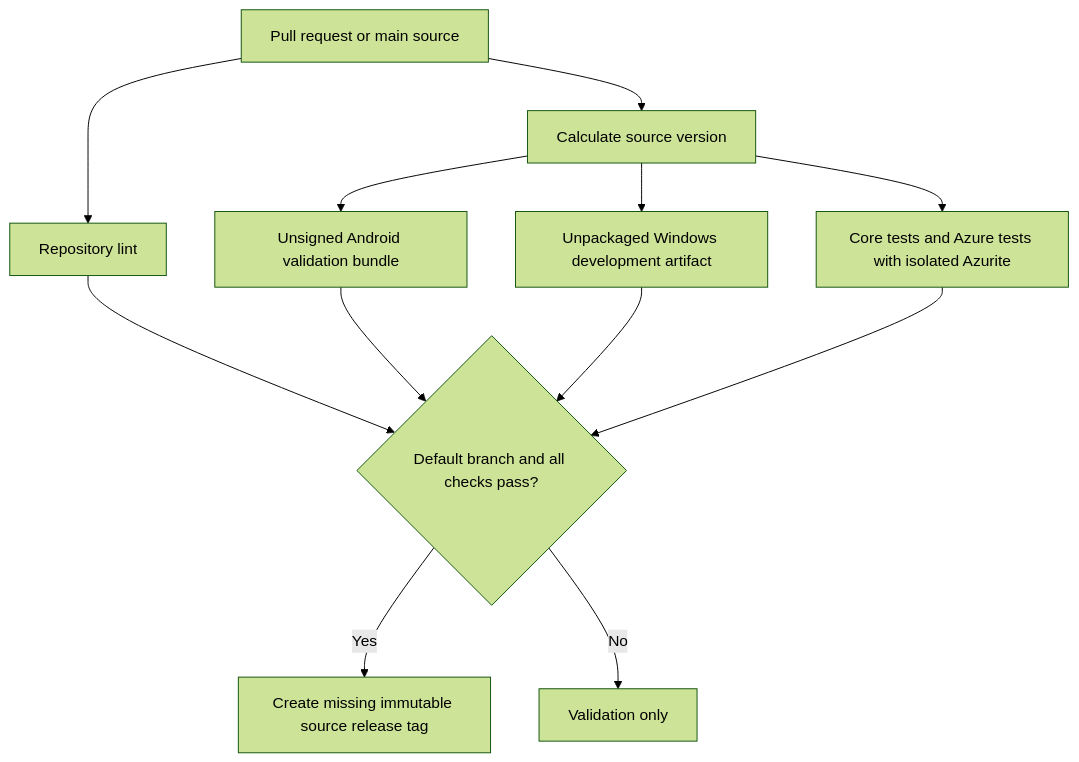
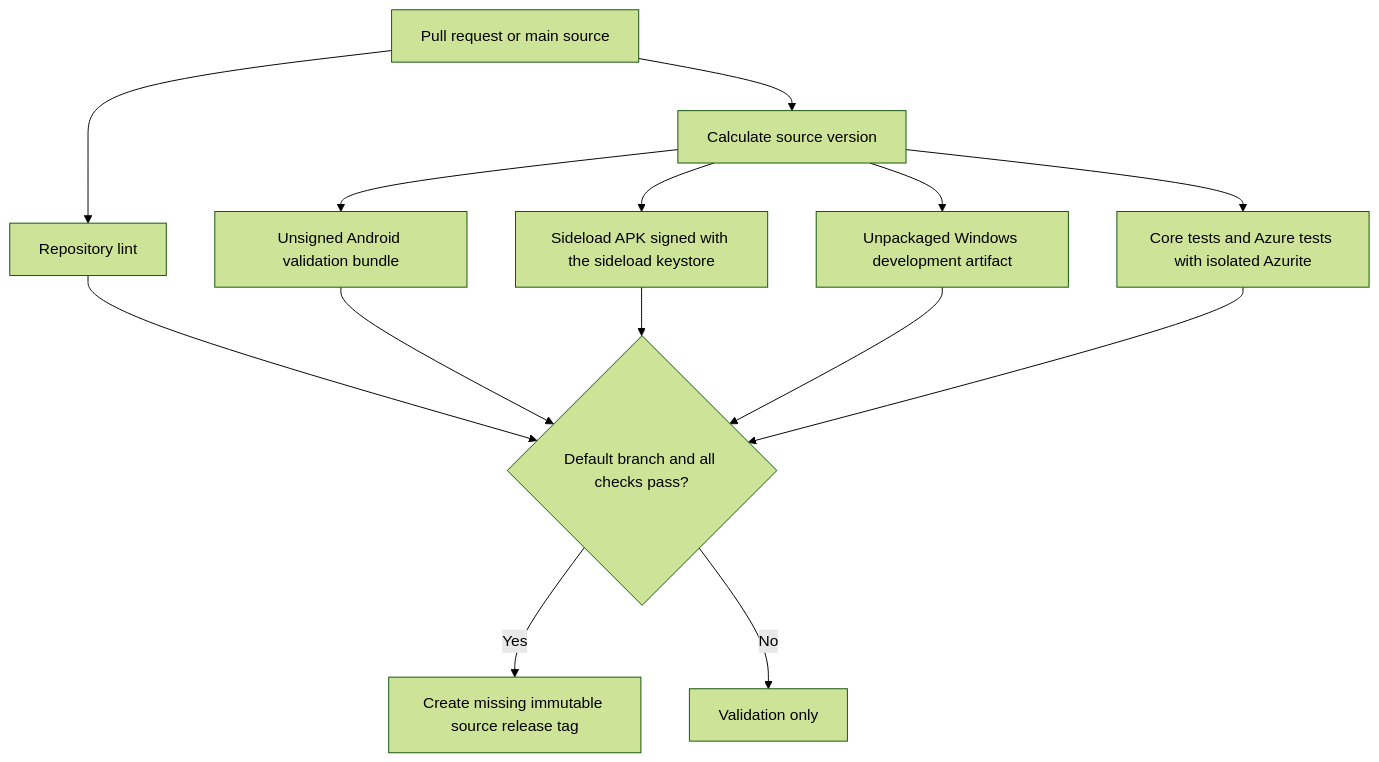
The third of 3 diagrams in docs/architecture.md (f2calv/android-dcim-cloud-sync), drawn with Mermaid (forest theme) before and after one commit. The commit also changed other lines of this file and 6 other files, not shown here.

First line of the commit message:
ci: build a sideload-signed APK artifact

````diff
--- a/docs/architecture.md
+++ b/docs/architecture.md
@@ -59,14 +59,16 @@
 ```mermaid
 flowchart TD
     Source["Pull request or main source"] --> Lint["Repository lint"]
     Source --> Version["Calculate source version"]
     Version --> Android["Unsigned Android validation bundle"]
+    Version --> Apk["Sideload APK signed with the sideload keystore"]
     Version --> Windows["Unpackaged Windows development artifact"]
     Version --> Tests["Core tests and Azure tests with isolated Azurite"]
     Lint --> Main{"Default branch and all checks pass?"}
     Android --> Main
+    Apk --> Main
     Windows --> Main
     Tests --> Main
     Main -->|Yes| Release["Create missing immutable source release tag"]
     Main -->|No| Validation["Validation only"]
 ```
````
